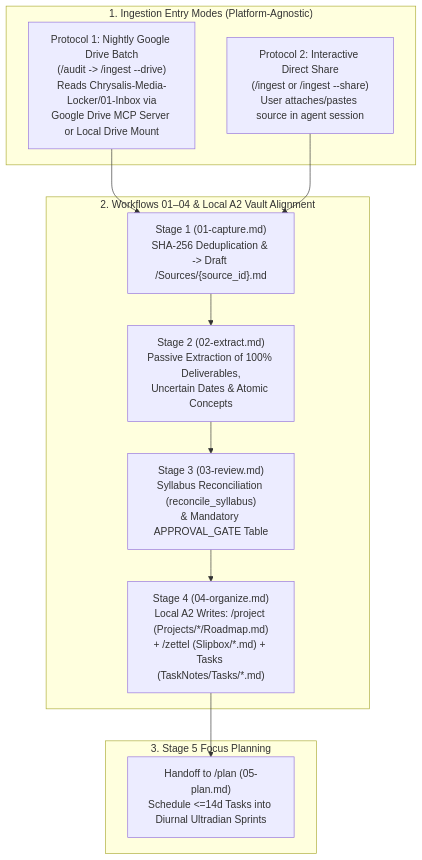
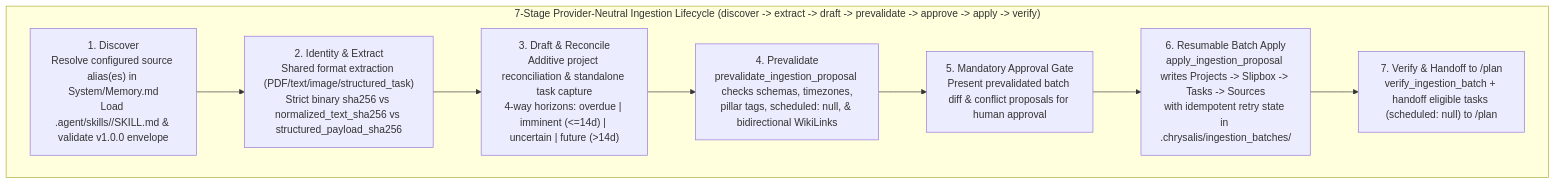
Before and after one commit to tama-gucci/chrysalis: the diagram in .agent/skills/ingest/SKILL.md, drawn with Mermaid. The commit also changed other lines of this file and 47 other files, not shown here.

Commit message:
feat(ingest): modular provider-neutral ingestion, v1.0.0 input contract & google-drive/google-tasks adapters

````diff
--- a/.agent/skills/ingest/SKILL.md
+++ b/.agent/skills/ingest/SKILL.md
@@ -44,22 +46,13 @@
 ```mermaid
 flowchart TD
-    subgraph Entry["1. Ingestion Entry Modes (Platform-Agnostic)"]
-        D["Protocol 1: Nightly Google Drive Batch\n(/audit -> /ingest --drive)\nReads Chrysalis-Media-Locker/01-Inbox via\nGoogle Drive MCP Server or Local Drive Mount"]
-        S["Protocol 2: Interactive Direct Share\n(/ingest or /ingest --share)\nUser attaches/pastes source in agent session"]
+    subgraph Pipeline["7-Stage Provider-Neutral Ingestion Lifecycle (discover -> extract -> draft -> prevalidate -> approve -> apply -> verify)"]
+        D1["1. Discover\nResolve configured source alias(es) in System/Memory.md\nLoad .agent/skills/<integration>/SKILL.md & validate v1.0.0 envelope"]
+        D2["2. Identity & Extract\nShared format extraction (PDF/text/image/structured_task)\nStrict binary sha256 vs normalized_text_sha256 vs structured_payload_sha256"]
+        D3["3. Draft & Reconcile\nAdditive project reconciliation & standalone task capture\n4-way horizons: overdue | imminent (<=14d) | uncertain | future (>14d)"]
+        D4["4. Prevalidate\nprevalidate_ingestion_proposal checks schemas, timezones,\npillar tags, scheduled: null, & bidirectional WikiLinks"]
+        D5["5. Mandatory Approval Gate\nPresent prevalidated batch diff & conflict proposals for human approval"]
+        D6["6. Resumable Batch Apply\napply_ingestion_proposal writes Projects -> Slipbox -> Tasks -> Sources\nwith idempotent retry state in .chrysalis/ingestion_batches/"]
+        D7["7. Verify & Handoff to /plan\nverify_ingestion_batch + handoff eligible tasks (scheduled: null) to /plan"]
     end
-
-    subgraph Pipeline["2. Workflows 01–04 & Local A2 Vault Alignment"]
-        W1["Stage 1 (01-capture.md)\nSHA-256 Deduplication & <untrusted_document_payload>\n-> Draft <vault>/Sources/{source_id}.md"]
-        W2["Stage 2 (02-extract.md)\nPassive Extraction of 100% Deliverables,\nUncertain Dates & Atomic Concepts"]
-        W3["Stage 3 (03-review.md)\nSyllabus Reconciliation (reconcile_syllabus)\n& Mandatory APPROVAL_GATE Table"]
-        W4["Stage 4 (04-organize.md)\nLocal A2 Writes: /project (Projects/*/Roadmap.md)\n+ /zettel (Slipbox/*.md) + Tasks (TaskNotes/Tasks/*.md)"]
-    end
-
-    subgraph Planning["3. Stage 5 Focus Planning"]
-        P["Handoff to /plan (05-plan.md)\nSchedule <=14d Tasks into Diurnal Ultradian Sprints"]
-    end
-
-    D --> W1
-    S --> W1
-    W1 --> W2 --> W3 --> W4 --> P
+    D1 --> D2 --> D3 --> D4 --> D5 --> D6 --> D7
 ```
````
